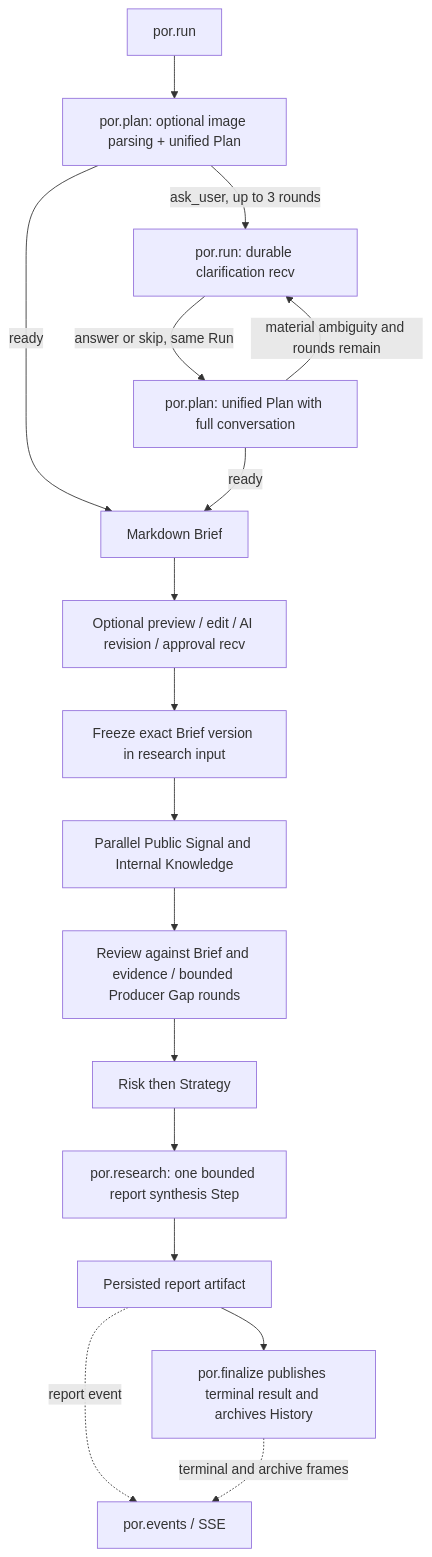
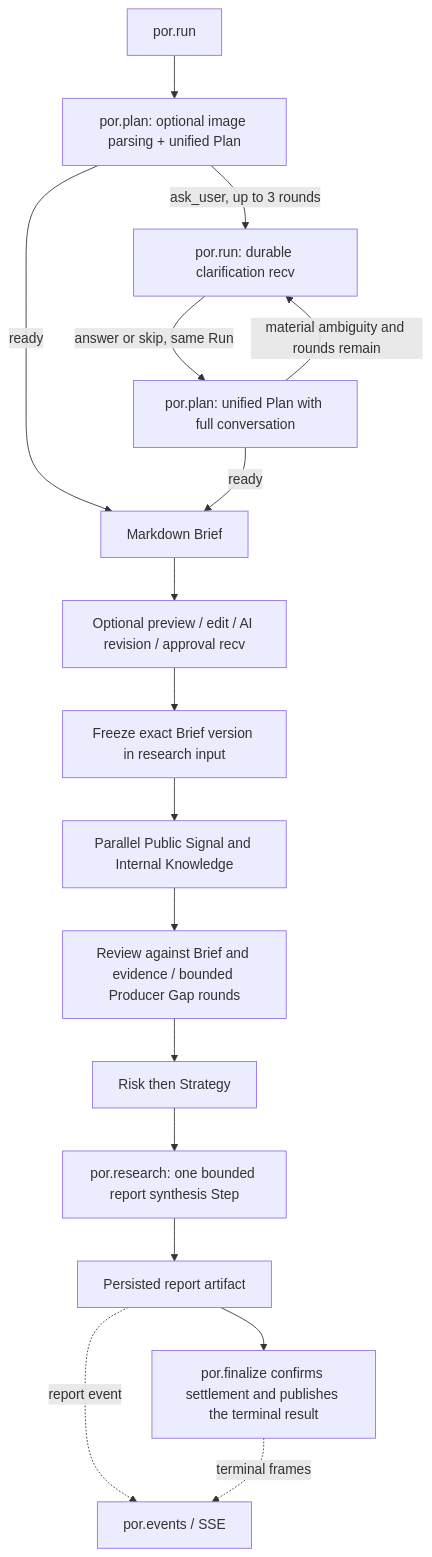
One commit to kkaaakk/public_opinion_research changed the diagram in docs/architecture/research-brief.md. Above: the diagram before and after it, drawn with Mermaid. The commit also changed other lines of this file and 62 other files, not shown here.

````diff
--- a/docs/architecture/research-brief.md
+++ b/docs/architecture/research-brief.md
@@ -12,19 +12,19 @@
 ```mermaid
 flowchart TD
   A[por.run] --> B[por.plan: optional image parsing + unified Plan]
   B -->|ask_user, up to 3 rounds| C[por.run: durable clarification recv]
   C -->|answer or skip, same Run| D[por.plan: unified Plan with full conversation]
   D -->|material ambiguity and rounds remain| C
   B -->|ready| E[Markdown Brief]
   D -->|ready| E
   E --> F[Optional preview / edit / AI revision / approval recv]
   F --> G[Freeze exact Brief version in research input]
   G --> H[Parallel Public Signal and Internal Knowledge]
   H --> I[Review against Brief and evidence / bounded Producer Gap rounds]
   I --> J[Risk then Strategy]
   J --> K[por.research: one bounded report synthesis Step]
   K --> L[Persisted report artifact]
-  L --> M[por.finalize publishes terminal result and archives History]
+  L --> M[por.finalize confirms settlement and publishes the terminal result]
   L -. "report event" .-> S[por.events / SSE]
-  M -. "terminal and archive frames" .-> S
+  M -. "terminal frames" .-> S
 ```
````
